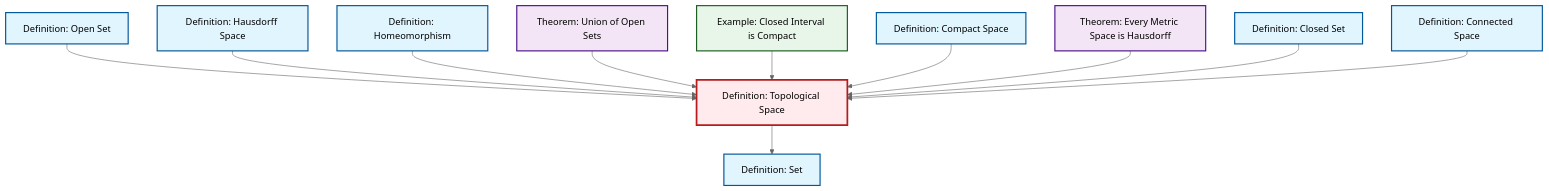
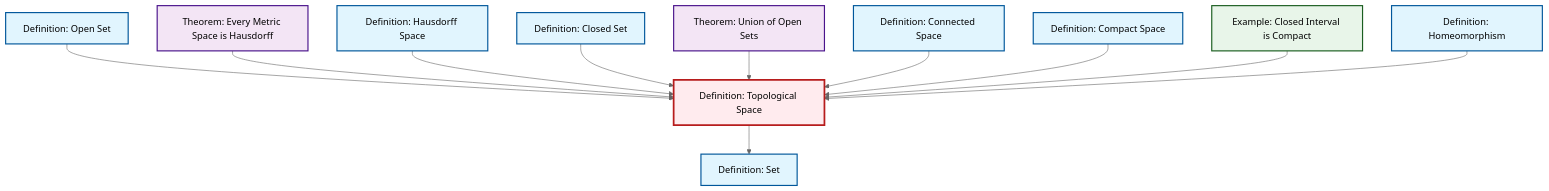
Before and after one commit to RK0429/ModernMath: the diagram in content/en/topology/def-topological-space.qmd, drawn with Mermaid (neutral theme). The commit also changed other lines of this file and 581 other files, not shown here.

````diff
--- a/content/en/topology/def-topological-space.qmd
+++ b/content/en/topology/def-topological-space.qmd
@@ -59,41 +59,41 @@
 ```{mermaid}
 %%| fig-cap: "Local dependency graph"
 graph TD
     classDef definition fill:#e1f5fe,stroke:#01579b,stroke-width:2px
     classDef theorem fill:#f3e5f5,stroke:#4a148c,stroke-width:2px
     classDef axiom fill:#fff3e0,stroke:#e65100,stroke-width:2px
     classDef example fill:#e8f5e9,stroke:#1b5e20,stroke-width:2px
     classDef current fill:#ffebee,stroke:#b71c1c,stroke-width:3px
-    thm-union-open-sets["Theorem: Union of Open Sets"]:::theorem
-    thm-metric-hausdorff["Theorem: Every Metric Space is Hausdorff"]:::theorem
-    def-hausdorff["Definition: Hausdorff Space"]:::definition
     def-connected["Definition: Connected Space"]:::definition
     def-compact["Definition: Compact Space"]:::definition
+    def-closed-set["Definition: Closed Set"]:::definition
+    def-hausdorff["Definition: Hausdorff Space"]:::definition
     def-open-set["Definition: Open Set"]:::definition
+    thm-metric-hausdorff["Theorem: Every Metric Space is Hausdorff"]:::theorem
+    thm-union-open-sets["Theorem: Union of Open Sets"]:::theorem
+    ex-closed-interval-compact["Example: Closed Interval is Compact"]:::example
     def-topological-space["Definition: Topological Space"]:::definition
-    def-closed-set["Definition: Closed Set"]:::definition
+    def-homeomorphism["Definition: Homeomorphism"]:::definition
     def-set["Definition: Set"]:::definition
-    def-homeomorphism["Definition: Homeomorphism"]:::definition
-    ex-closed-interval-compact["Example: Closed Interval is Compact"]:::example
     def-open-set --> def-topological-space
+    thm-metric-hausdorff --> def-topological-space
     def-hausdorff --> def-topological-space
+    def-closed-set --> def-topological-space
+    thm-union-open-sets --> def-topological-space
+    def-topological-space --> def-set
+    def-connected --> def-topological-space
+    def-compact --> def-topological-space
+    ex-closed-interval-compact --> def-topological-space
     def-homeomorphism --> def-topological-space
-    thm-union-open-sets --> def-topological-space
-    ex-closed-interval-compact --> def-topological-space
-    def-compact --> def-topological-space
-    thm-metric-hausdorff --> def-topological-space
-    def-closed-set --> def-topological-space
-    def-connected --> def-topological-space
-    def-topological-space --> def-set
     class def-topological-space current
-    click thm-union-open-sets "thm-union-open-sets.html" "Go to Union of Open Sets theorem"
-    click thm-metric-hausdorff "thm-metric-hausdorff.html" "Go to Every Metric Space is Hausdorff theorem"
-    click def-hausdorff "def-hausdorff.html" "Go to Hausdorff Space definition"
     click def-connected "def-connected.html" "Go to Connected Space definition"
     click def-compact "def-compact.html" "Go to Compact Space definition"
+    click def-closed-set "def-closed-set.html" "Go to Closed Set definition"
+    click def-hausdorff "def-hausdorff.html" "Go to Hausdorff Space definition"
     click def-open-set "def-open-set.html" "Go to Open Set definition"
-    click def-closed-set "def-closed-set.html" "Go to Closed Set definition"
+    click thm-metric-hausdorff "thm-metric-hausdorff.html" "Go to Every Metric Space is Hausdorff theorem"
+    click thm-union-open-sets "thm-union-open-sets.html" "Go to Union of Open Sets theorem"
+    click ex-closed-interval-compact "ex-closed-interval-compact.html" "Go to Closed Interval is Compact example"
+    click def-homeomorphism "def-homeomorphism.html" "Go to Homeomorphism definition"
     click def-set "def-set.html" "Go to Set definition"
-    click def-homeomorphism "def-homeomorphism.html" "Go to Homeomorphism definition"
-    click ex-closed-interval-compact "ex-closed-interval-compact.html" "Go to Closed Interval is Compact example"
 ```
````
